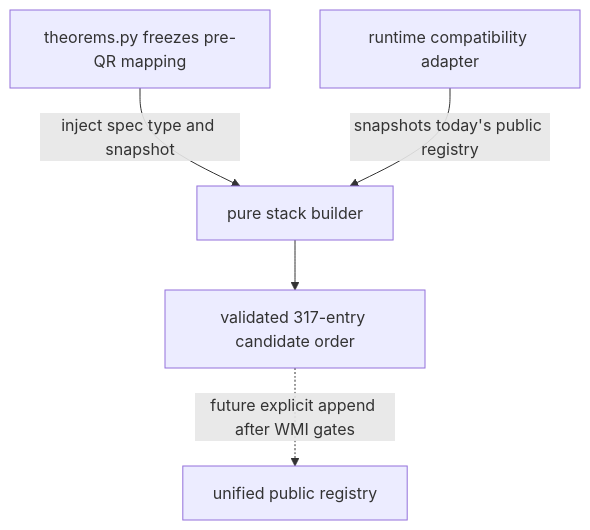
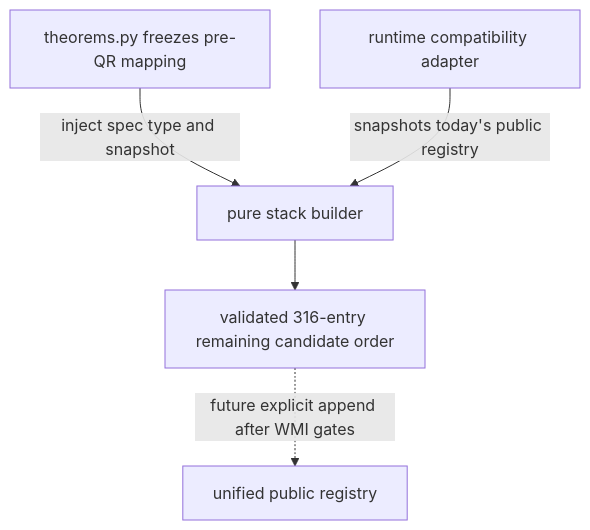
One commit to nasqret/vietnam2026 changed the second of 3 diagrams in research/arithmetic-library/quadratic-reciprocity-admission-path.md. Above: the diagram before and after it, drawn with Mermaid. The commit also changed other lines of this file and 398 other files, not shown here.

````diff
--- a/research/arithmetic-library/quadratic-reciprocity-admission-path.md
+++ b/research/arithmetic-library/quadratic-reciprocity-admission-path.md
@@ -95,7 +120,7 @@
 ```mermaid
 flowchart TD
   A[theorems.py freezes pre-QR mapping] -->|inject spec type and snapshot| B[pure stack builder]
   C[runtime compatibility adapter] -->|snapshots today's public registry| B
-  B --> D[validated 317-entry candidate order]
+  B --> D[validated 316-entry remaining candidate order]
   D -. future explicit append after WMI gates .-> E[unified public registry]
 ```
````
